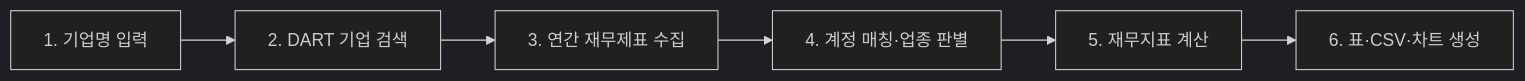
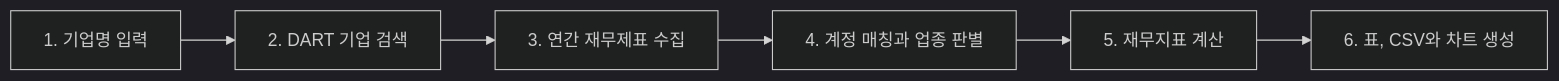
The diagram in README.md (David9733/financial_analysis), drawn with Mermaid (dark theme) before and after one commit. The commit also changed other lines of this file, not shown here.

````diff
--- a/README.md
+++ b/README.md
@@ -59,8 +59,8 @@
 ```mermaid
 graph LR
     A["1. 기업명 입력"] --> B["2. DART 기업 검색"]
     B --> C["3. 연간 재무제표 수집"]
-    C --> D["4. 계정 매칭·업종 판별"]
+    C --> D["4. 계정 매칭과 업종 판별"]
     D --> E["5. 재무지표 계산"]
-    E --> F["6. 표·CSV·차트 생성"]
+    E --> F["6. 표, CSV와 차트 생성"]
 ```
````
